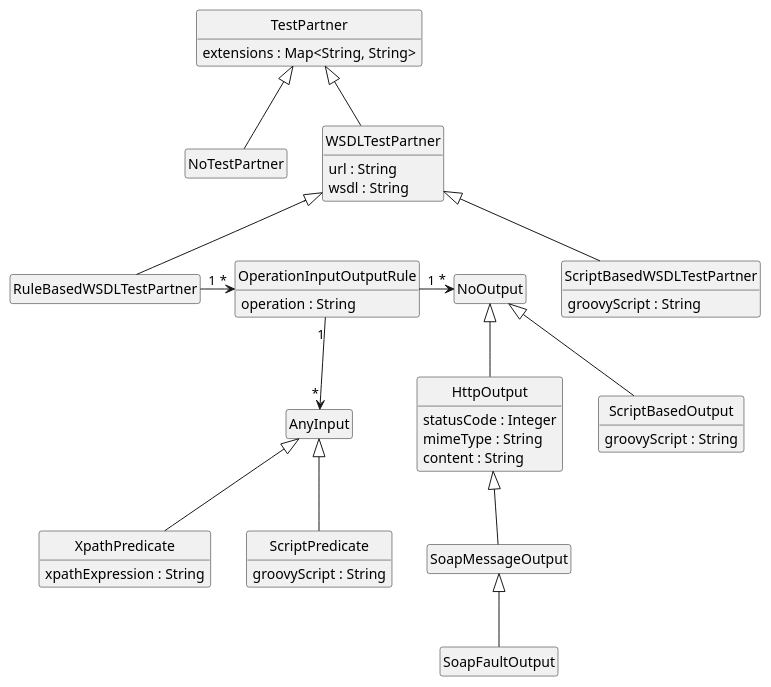
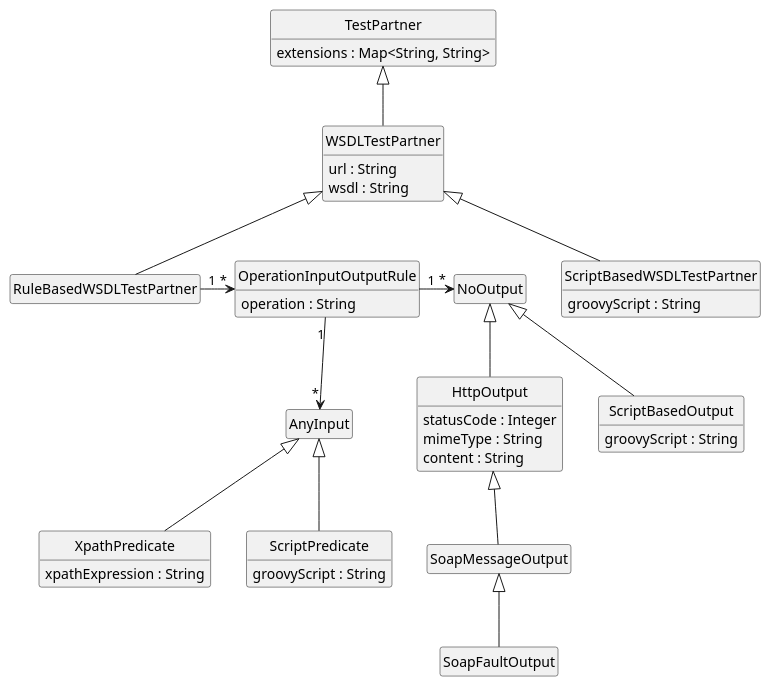
The diagram in pebl/doc/benchmark-test-partner.puml (uniba-dsg/betsy), drawn with PlantUML before and after one commit. The commit also changed 7 other files, not shown here.

Commit message:
Simplified PEBL by removing NoTestPartner with empty list.

```diff
--- a/pebl/doc/benchmark-test-partner.puml
+++ b/pebl/doc/benchmark-test-partner.puml
@@ -1,59 +1,58 @@
 @startuml
 
-   class NoTestPartner extends TestPartner
    class WSDLTestPartner extends TestPartner {
      url : String
      wsdl : String
    }
    class RuleBasedWSDLTestPartner extends WSDLTestPartner
    class ScriptBasedWSDLTestPartner extends WSDLTestPartner {
      groovyScript : String
    }
 
    class OperationInputOutputRule {
         operation : String
    }
 
 
 
    class AnyInput
    class XpathPredicate extends AnyInput {
      xpathExpression : String
    }
    class ScriptPredicate extends AnyInput {
       groovyScript : String
    }
 
 
    class NoOutput
    class HttpOutput extends NoOutput {
        statusCode : Integer
        mimeType : String
        content : String
    }
    class SoapMessageOutput extends HttpOutput {
       }
    class SoapFaultOutput extends SoapMessageOutput
    class ScriptBasedOutput extends NoOutput {
        groovyScript : String
    }
 
 
 
 	class TestPartner {
 	 extensions : Map<String, String>
 	}
 
 
 RuleBasedWSDLTestPartner "1" -right-> "*" OperationInputOutputRule
 OperationInputOutputRule "1" -down-> "*" AnyInput
 OperationInputOutputRule "1" -right-> "*" NoOutput
 
 hide empty members
 hide empty methods
 hide circle
 
 skinparam monochrome true
 skinparam shadowing false
 skinparam packageStyle rect
 @enduml
```
